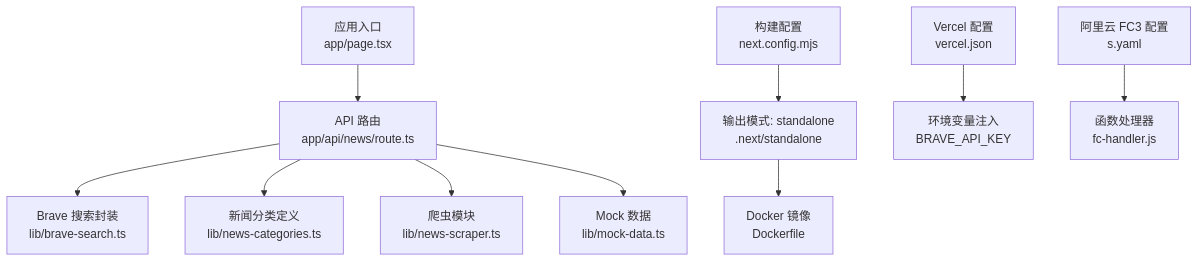
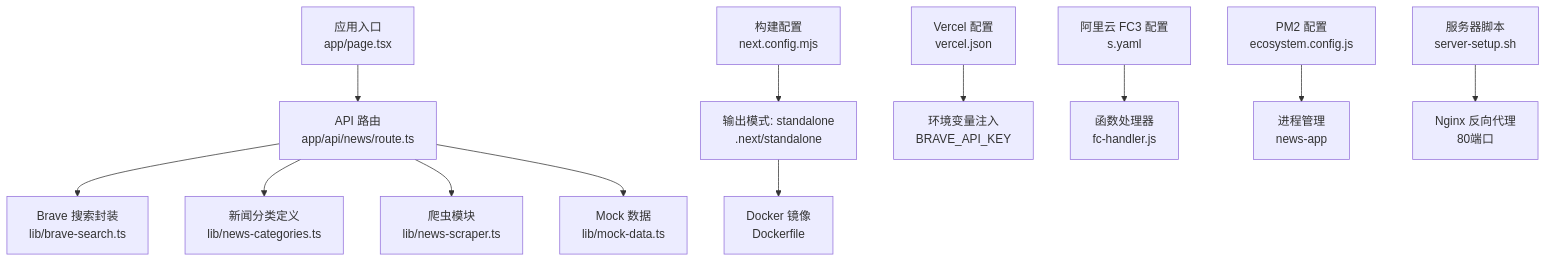
The first of 8 diagrams in .qoder/repowiki/zh/content/部署和运维/部署和运维.md (zuozuoliu740-cmd/xianxiong-news), drawn with Mermaid before and after one commit. The commit also changed other lines of this file and 27 other files, not shown here.

Commit message:
feat: 新增AI实验室模块 - AI爆品替换工作台(视频替换/商品详情生成/图生视频/英文配音)、我的视频管理、首页入口卡片

````diff
--- a/.qoder/repowiki/zh/content/部署和运维/部署和运维.md
+++ b/.qoder/repowiki/zh/content/部署和运维/部署和运维.md
@@ -46,12 +58,14 @@
 ```mermaid
 graph TB
 A["应用入口<br/>app/page.tsx"] --> B["API 路由<br/>app/api/news/route.ts"]
 B --> C["Brave 搜索封装<br/>lib/brave-search.ts"]
 B --> D["新闻分类定义<br/>lib/news-categories.ts"]
 B --> E["爬虫模块<br/>lib/news-scraper.ts"]
 B --> F["Mock 数据<br/>lib/mock-data.ts"]
 G["构建配置<br/>next.config.mjs"] --> H["输出模式: standalone<br/>.next/standalone"]
 H --> I["Docker 镜像<br/>Dockerfile"]
 J["Vercel 配置<br/>vercel.json"] --> K["环境变量注入<br/>BRAVE_API_KEY"]
 L["阿里云 FC3 配置<br/>s.yaml"] --> M["函数处理器<br/>fc-handler.js"]
+N["PM2 配置<br/>ecosystem.config.js"] --> O["进程管理<br/>news-app"]
+P["服务器脚本<br/>server-setup.sh"] --> Q["Nginx 反向代理<br/>80端口"]
 ```
````
